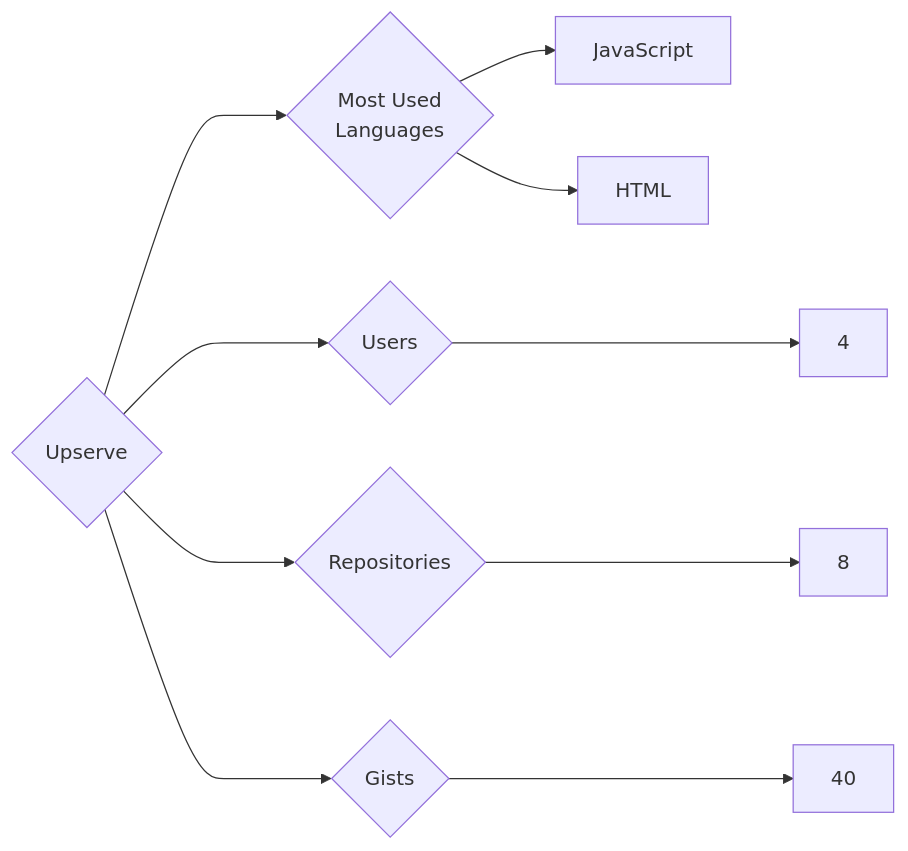
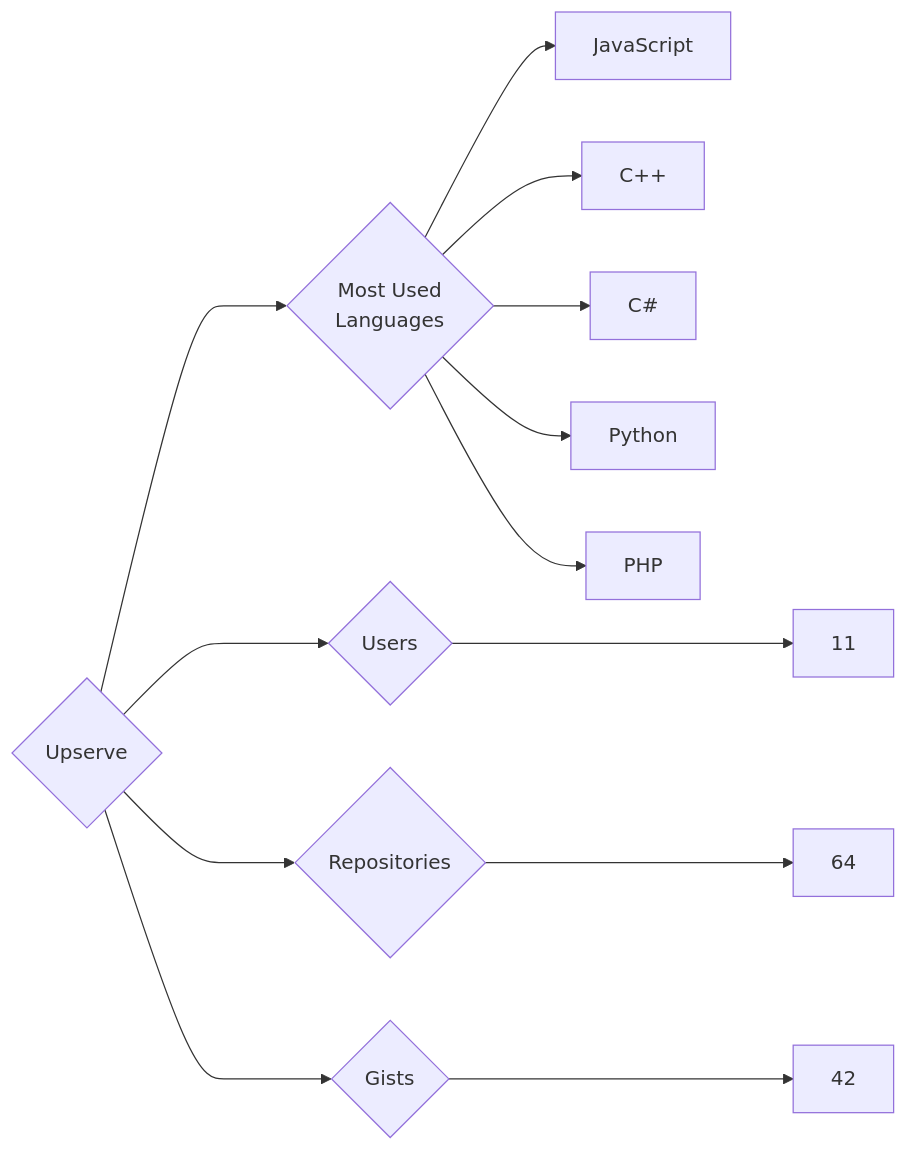
One commit to trickest/insiders changed the diagram in targets/Upserve/README.md. Above: the diagram before and after it, drawn with Mermaid. The commit also changed 995 other files, not shown here.

````diff
--- a/targets/Upserve/README.md
+++ b/targets/Upserve/README.md
@@ -3,10 +3,13 @@
 ```mermaid
 graph LR
 COMPANY_NAME{Upserve}
-COMPANY_NAME ---> U{Users} ---> UN[4]
-COMPANY_NAME ---> R{Repositories} ---> RN[8]
-COMPANY_NAME ---> G{Gists} ---> GN[40]
+COMPANY_NAME ---> U{Users} ---> UN[11]
+COMPANY_NAME ---> R{Repositories} ---> RN[64]
+COMPANY_NAME ---> G{Gists} ---> GN[42]
 COMPANY_NAME ---> ML{Most Used<br>Languages}
 ML --> JavaScript[JavaScript]
-ML --> HTML[HTML]
+ML --> C++[C++]
+ML --> C#[C#]
+ML --> Python[Python]
+ML --> PHP[PHP]
 ```
````
